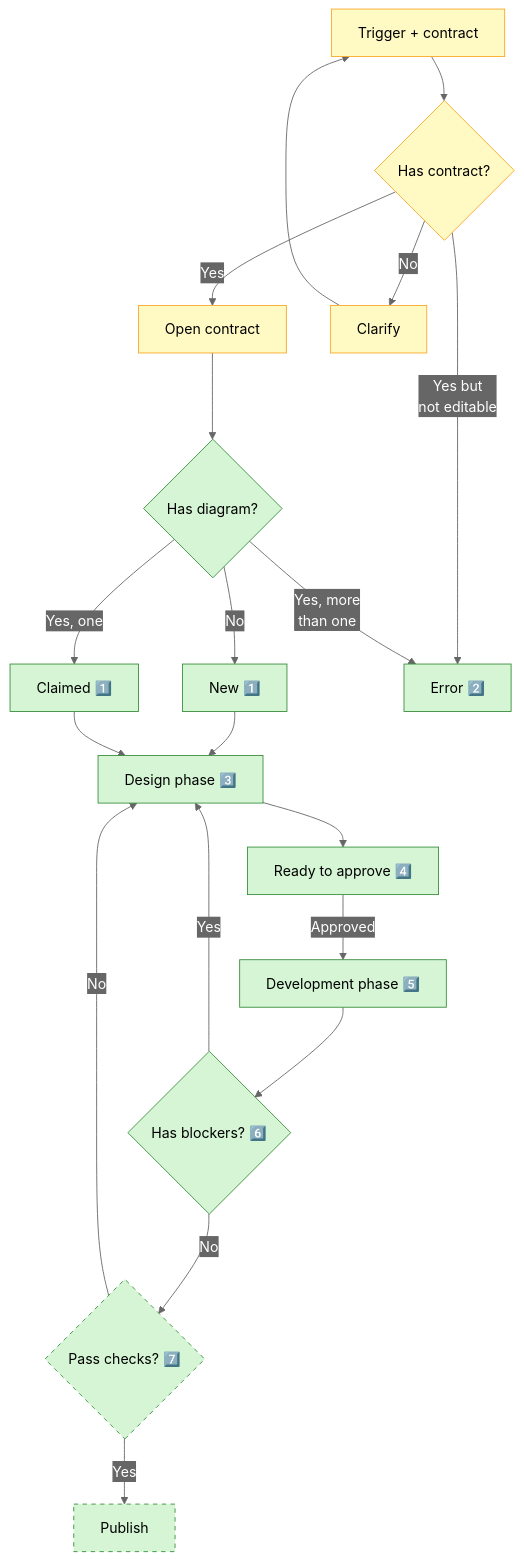
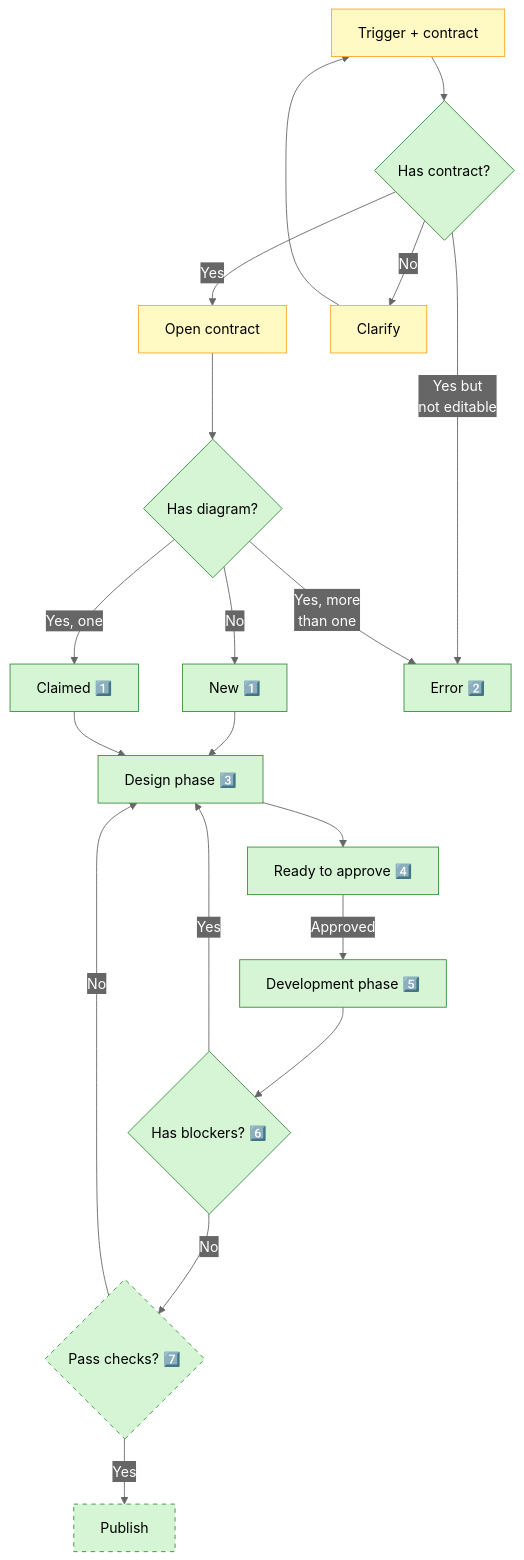
Before and after one commit to nonlinear/skills: the diagram in contract-diagram/SKILL.md, drawn with Mermaid.

Commit message:
Mark CHECK_CONTRACT as developed (HTTP 404 detection working)

````diff
--- a/contract-diagram/SKILL.md
+++ b/contract-diagram/SKILL.md
@@ -28,51 +28,51 @@
 ```mermaid
 %%{init: {'theme':'base','themeVariables':{"primaryColor":"#4A90E2","primaryTextColor":"#fff","primaryBorderColor":"#2E5C8A","lineColor":"#666","secondaryColor":"#50E3C2","tertiaryColor":"#FFD700","edgeLabelBackground":"#666"},'flowchart':{"nodeSpacing":50,"rankSpacing":50,"padding":15,"curve":"basis"}}}%%
 flowchart TD
     TRIGGER["Trigger + contract"]
     CHECK_CONTRACT{"Has contract?"}
     OPEN["Open contract"]
     CLARIFY["Clarify"]
     CHECK_DIAGRAM{"Has diagram?"}
     CREATE["New 1️⃣"]
     CLAIM["Claimed 1️⃣"]
     ERROR["Error 2️⃣"]
     
     DESIGN["Design phase 3️⃣"]
     SIGNOFF["Ready to approve 4️⃣"]
     DEVELOPMENT["Development phase 5️⃣"]
     BLOCKERS{"Has blockers? 6️⃣"}
     TESTS{"Pass checks? 7️⃣"}
     PUBLISH["Publish"]
     
     TRIGGER --> CHECK_CONTRACT
     CHECK_CONTRACT -->|Yes| OPEN
     CHECK_CONTRACT -->|Yes but<br/>not editable| ERROR
     CHECK_CONTRACT -->|No| CLARIFY
     CLARIFY --> TRIGGER
     
     OPEN --> CHECK_DIAGRAM
     CHECK_DIAGRAM -->|Yes, more<br/>than one| ERROR
     CHECK_DIAGRAM -->|Yes, one| CLAIM
     CHECK_DIAGRAM -->|No| CREATE
     
     CREATE --> DESIGN
     CLAIM --> DESIGN
     DESIGN --> SIGNOFF
     SIGNOFF -->|Approved| DEVELOPMENT
     DEVELOPMENT --> BLOCKERS
     BLOCKERS -->|Yes| DESIGN
     BLOCKERS -->|No| TESTS
     TESTS -->|Yes| PUBLISH
     TESTS -->|No| DESIGN
     
     classDef default fill:#e0e0e0,stroke:#666,color:#000
     classDef approved fill:#FFF9C4,stroke:#F9A825,color:#000
     classDef developed fill:#D5F5D5,stroke:#388E3C,color:#000
     classDef blocker fill:#FFCDD2,stroke:#D32F2F,color:#000
     classDef developed-notes fill:#E3F2FD,stroke:#1976D2,color:#000
     classDef outside-system fill:#D5F5D5,stroke:#388E3C,stroke-dasharray:5 5,color:#000
     
-    class TRIGGER,CHECK_CONTRACT,OPEN,CLARIFY approved
-    class CHECK_DIAGRAM,CREATE,CLAIM,ERROR,SIGNOFF,DESIGN,DEVELOPMENT,BLOCKERS developed
+    class TRIGGER,OPEN,CLARIFY approved
+    class CHECK_DIAGRAM,CREATE,CLAIM,ERROR,SIGNOFF,DESIGN,DEVELOPMENT,BLOCKERS,CHECK_CONTRACT developed
     class PUBLISH,TESTS outside-system
 ```
````
